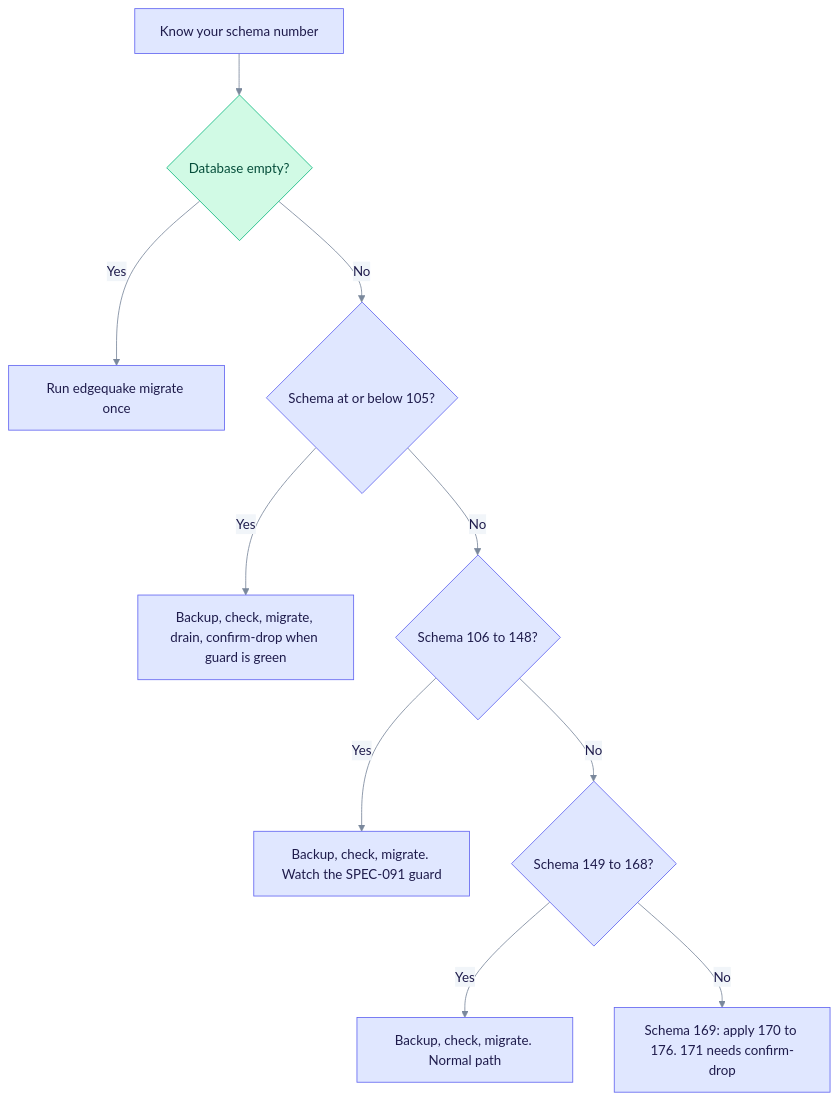
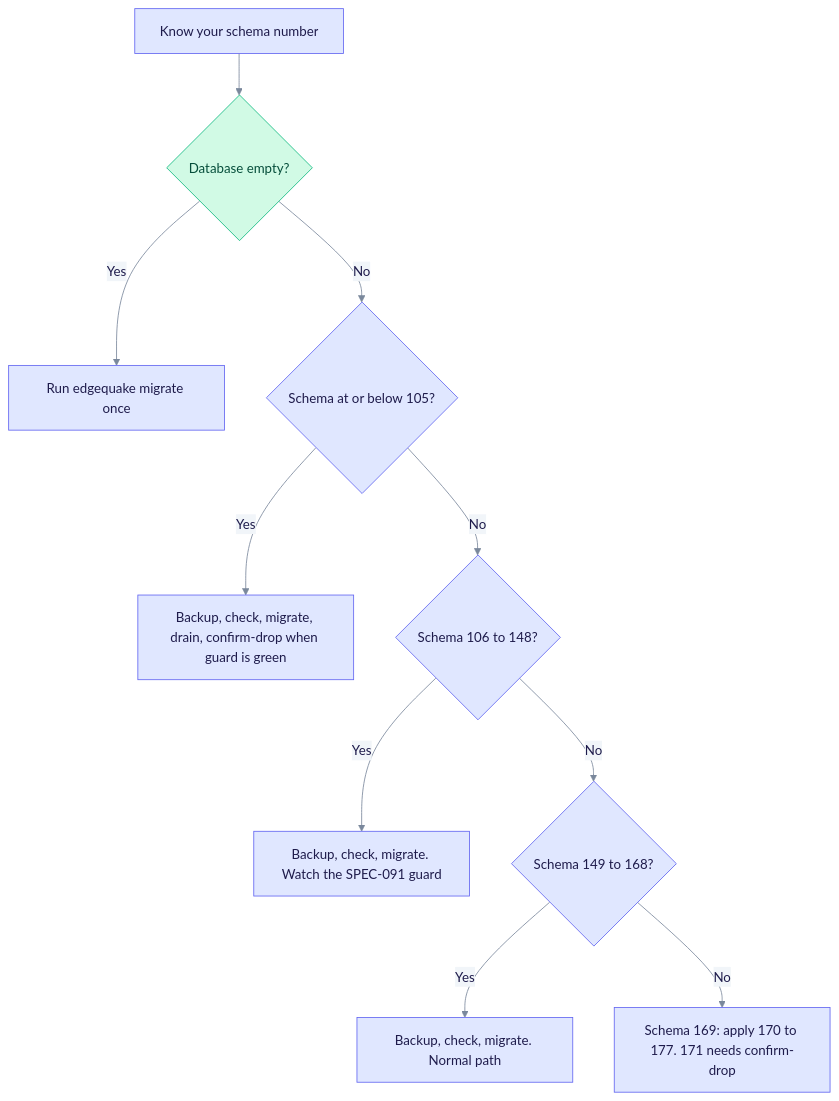
The first of 3 diagrams in docs/operations/upgrading.md (YatchiYa/edgequake), drawn with Mermaid before and after one commit. The commit also changed other lines of this file and 9 other files, not shown here.

````diff
--- a/docs/operations/upgrading.md
+++ b/docs/operations/upgrading.md
@@ -24,17 +24,17 @@
 ```mermaid
 %%{init: {"theme":"base","themeVariables":{"primaryColor":"#E0E7FF","primaryBorderColor":"#6366F1","primaryTextColor":"#1E1B4B","secondaryColor":"#D1FAE5","secondaryBorderColor":"#10B981","secondaryTextColor":"#064E3B","tertiaryColor":"#FEF3C7","tertiaryBorderColor":"#F59E0B","tertiaryTextColor":"#6B7A90","lineColor":"#7A889C","clusterBkg":"rgba(99,102,241,0.07)","clusterBorder":"#A5B4FC","noteBkgColor":"#FEF9C3","noteTextColor":"#422006","textColor":"#6B7A90","titleColor":"#6B7A90","signalColor":"#7A889C","signalTextColor":"#6B7A90","loopTextColor":"#6B7A90","edgeLabelBackground":"#F1F5F9","actorLineColor":"#94A3B8"}}}%%
 %% eq-theme:v1
 flowchart TD
   A["Know your schema number"] --> B{"Database empty?"}
   B -->|Yes| C["Run edgequake migrate once"]
   B -->|No| D{"Schema at or below 105?"}
   D -->|Yes| E["Backup, check, migrate, drain, confirm-drop when guard is green"]
   D -->|No| F{"Schema 106 to 148?"}
   F -->|Yes| G["Backup, check, migrate. Watch the SPEC-091 guard"]
   F -->|No| H{"Schema 149 to 168?"}
   H -->|Yes| I["Backup, check, migrate. Normal path"]
-  H -->|No| J["Schema 169: apply 170 to 176. 171 needs confirm-drop"]
+  H -->|No| J["Schema 169: apply 170 to 177. 171 needs confirm-drop"]
 %% eq-classes
 classDef eqStore fill:#D1FAE5,stroke:#10B981,color:#064E3B
 class B eqStore
 ```
````
